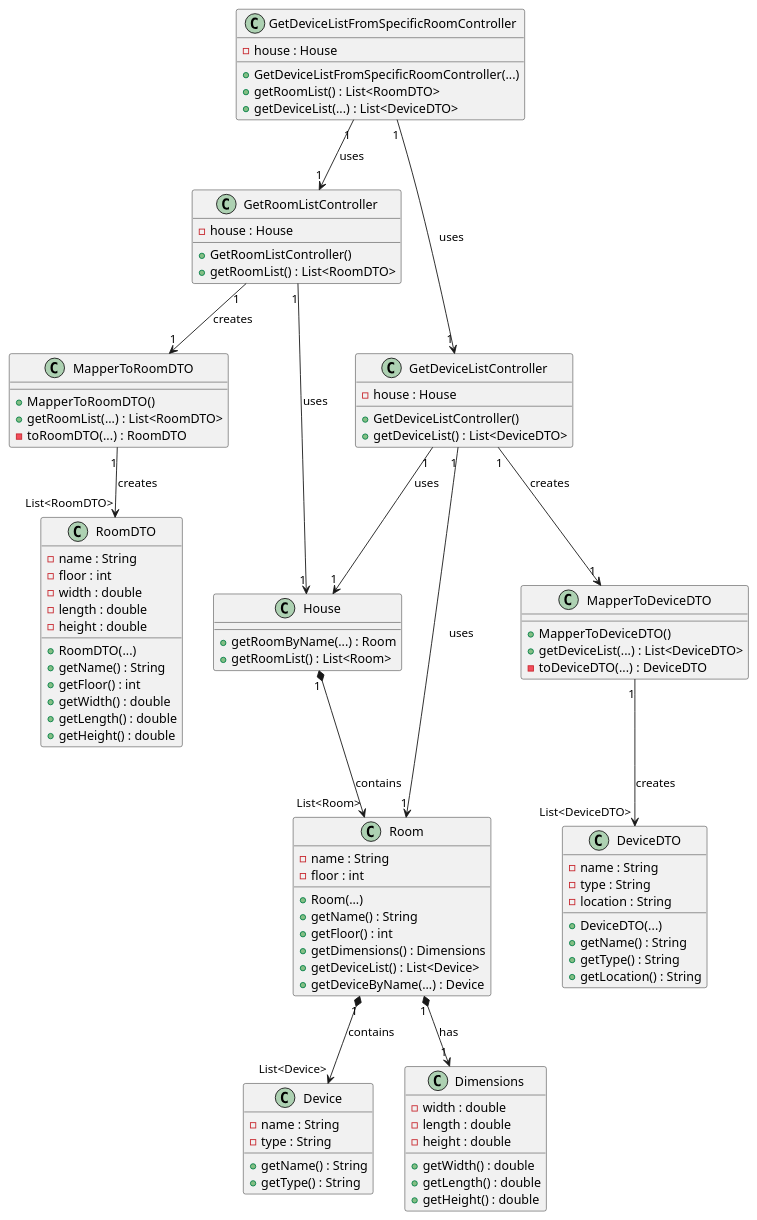
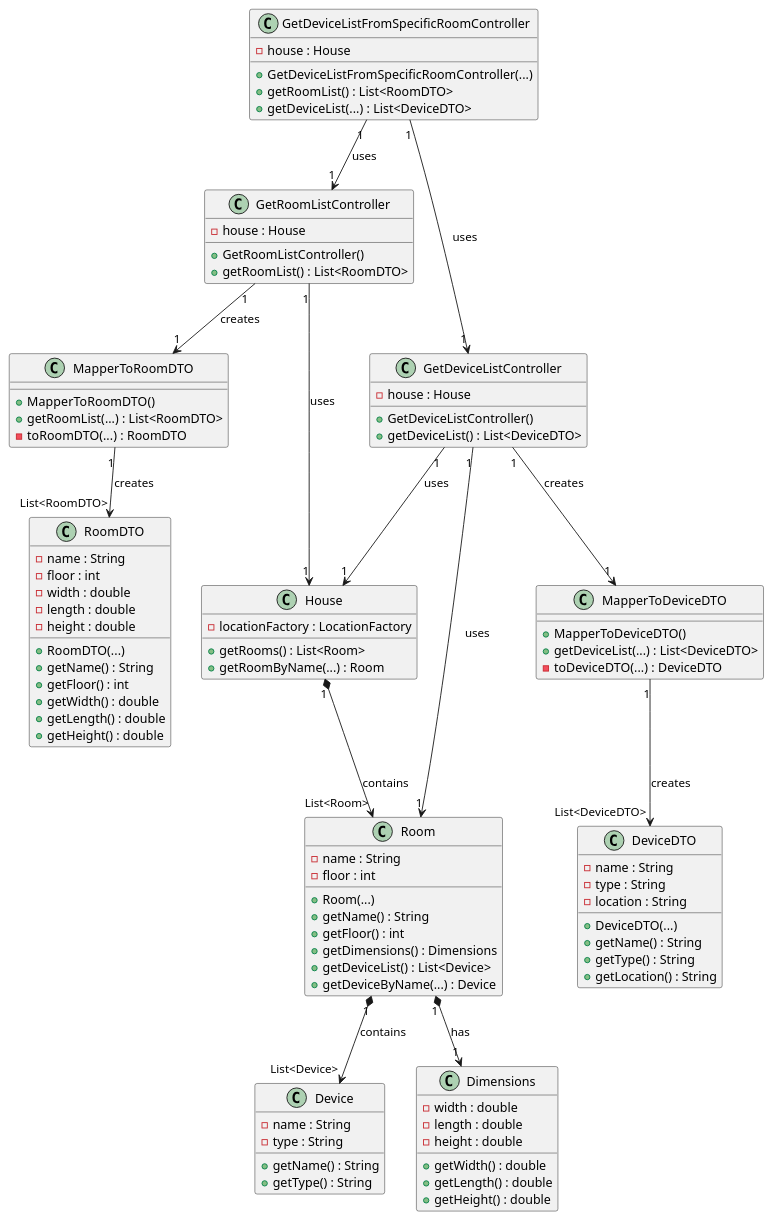
Before and after one commit to ozepedrorodrigues/projetoIntermedio: the diagram in projetoIntermedio/docs/class/userStory/UC06/UC06.puml, drawn with PlantUML. The commit also changed 6 other files, not shown here.

Commit message:
updated US006 Controller and Sequence Diagram

```diff
--- a/projetoIntermedio/docs/class/userStory/UC06/UC06.puml
+++ b/projetoIntermedio/docs/class/userStory/UC06/UC06.puml
@@ -1,114 +1,114 @@
 @startuml
 
 class House {
-
+  - locationFactory : LocationFactory
+  + getRooms() : List<Room>
   + getRoomByName(...) : Room
-  + getRoomList() : List<Room>
 }
 
 class GetRoomListController {
     - house : House
 
     + GetRoomListController()
     + getRoomList() : List<RoomDTO>
 }
 
 class GetDeviceListController {
     - house : House
 
     + GetDeviceListController()
     + getDeviceList() : List<DeviceDTO>
 }
 
 class GetDeviceListFromSpecificRoomController {
     - house : House
 
     + GetDeviceListFromSpecificRoomController(...)
     + getRoomList() : List<RoomDTO>
     + getDeviceList(...) : List<DeviceDTO>
 }
 
 class MapperToRoomDTO {
 
     + MapperToRoomDTO()
     + getRoomList(...) : List<RoomDTO>
     - toRoomDTO(...) : RoomDTO
 }
 
 class MapperToDeviceDTO {
 
     + MapperToDeviceDTO()
     + getDeviceList(...) : List<DeviceDTO>
     - toDeviceDTO(...) : DeviceDTO
 }
 
 class RoomDTO {
     - name : String
     - floor : int
     - width : double
     - length : double
     - height : double
 
     + RoomDTO(...)
     + getName() : String
     + getFloor() : int
     + getWidth() : double
     + getLength() : double
     + getHeight() : double
 }
 
 class DeviceDTO {
     - name : String
     - type : String
     - location : String
 
     + DeviceDTO(...)
     + getName() : String
     + getType() : String
     + getLocation() : String
 }
 
 class Room {
     - name : String
     - floor : int
 
     + Room(...)
     + getName() : String
     + getFloor() : int
     + getDimensions() : Dimensions
     + getDeviceList() : List<Device>
     + getDeviceByName(...) : Device
 }
 
 class Device {
     - name : String
     - type : String
 
     + getName() : String
     + getType() : String
 }
 
 class Dimensions {
     - width : double
     - length : double
     - height : double
 
     + getWidth() : double
     + getLength() : double
     + getHeight() : double
 }
 
 GetDeviceListFromSpecificRoomController "1" --> "1" GetRoomListController : uses
 GetRoomListController "1" ---> "1" House : uses
 GetRoomListController "1" --> "1" MapperToRoomDTO : creates
 MapperToRoomDTO "1" --> "List<RoomDTO>" RoomDTO : creates
 GetDeviceListFromSpecificRoomController "1" --> "1" GetDeviceListController : uses
 GetDeviceListController "1" --> "1" House : uses
 GetDeviceListController "1" --> "1" Room : uses
 GetDeviceListController "1" --> "1" MapperToDeviceDTO : creates
 MapperToDeviceDTO "1" --> "List<DeviceDTO>" DeviceDTO : creates
 Room "1" *--> "1" Dimensions : has
 House "1" *--> "List<Room>" Room : contains
 Room "1" *--> "List<Device>" Device : contains
 
 @enduml
```
